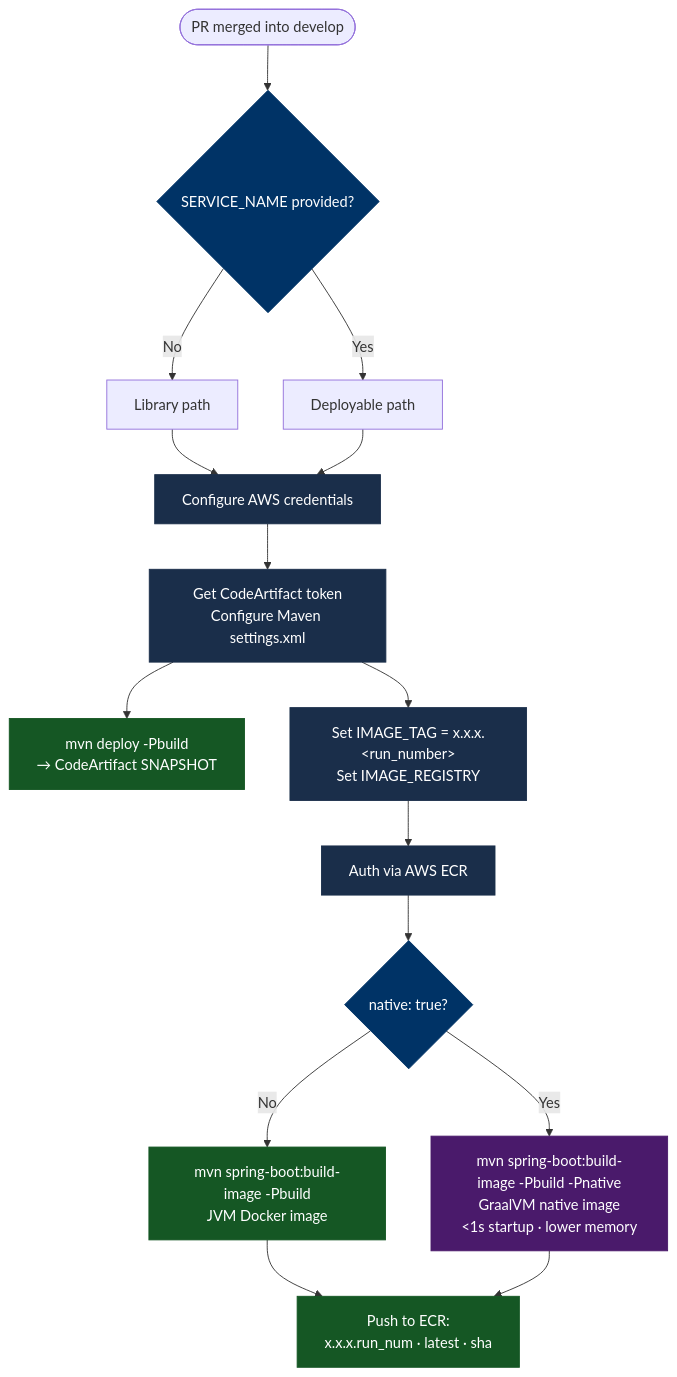
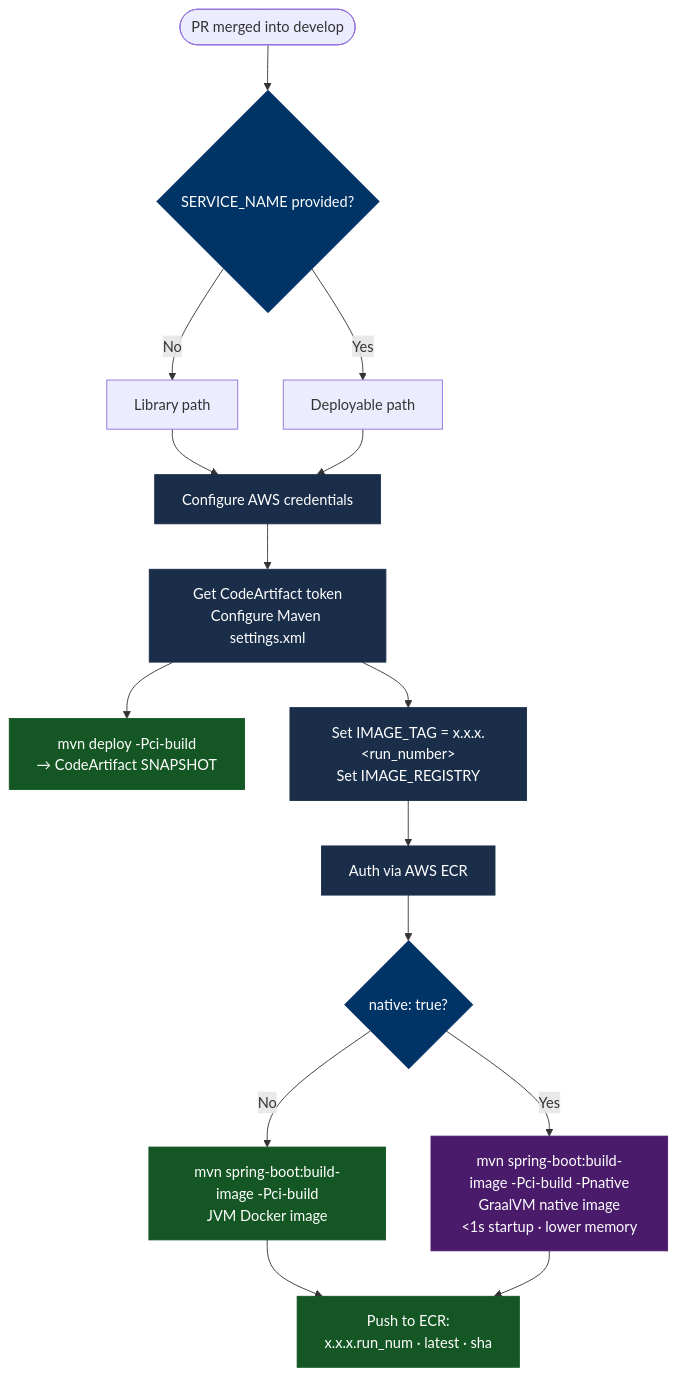
Before and after one commit to awesomaticza/github-workflows: the diagram in website/docs/workflows/build.md, drawn with Mermaid. The commit also changed other lines of this file and 5 other files, not shown here.

````diff
--- a/website/docs/workflows/build.md
+++ b/website/docs/workflows/build.md
@@ -13,33 +13,33 @@
 ```mermaid
 flowchart TD
     A([PR merged into develop]) --> B{SERVICE_NAME provided?}
 
     B -- No --> LIB_PATH["Library path"]
     B -- Yes --> DEP_PATH["Deployable path"]
 
     LIB_PATH --> AUTH["Configure AWS credentials"]
     DEP_PATH --> AUTH
 
     AUTH --> CA_TOKEN["Get CodeArtifact token<br/>Configure Maven settings.xml"]
-    CA_TOKEN --> LIB_BUILD["mvn deploy -Pbuild<br/>→ CodeArtifact SNAPSHOT"]
+    CA_TOKEN --> LIB_BUILD["mvn deploy -Pci-build<br/>→ CodeArtifact SNAPSHOT"]
 
     CA_TOKEN --> SET_VARS["Set IMAGE_TAG = x.x.x.&lt;run_number&gt;<br/>Set IMAGE_REGISTRY"]
     SET_VARS --> ECR_LOGIN["Auth via AWS ECR"]
     ECR_LOGIN --> NATIVE{native: true?}
 
-    NATIVE -- No --> JVM_BUILD["mvn spring-boot:build-image -Pbuild<br/>JVM Docker image"]
-    NATIVE -- Yes --> NATIVE_BUILD["mvn spring-boot:build-image -Pbuild -Pnative<br/>GraalVM native image<br/>&lt;1s startup · lower memory"]
+    NATIVE -- No --> JVM_BUILD["mvn spring-boot:build-image -Pci-build<br/>JVM Docker image"]
+    NATIVE -- Yes --> NATIVE_BUILD["mvn spring-boot:build-image -Pci-build -Pnative<br/>GraalVM native image<br/>&lt;1s startup · lower memory"]
 
     JVM_BUILD --> PUSH["Push to ECR:<br/>x.x.x.run_num · latest · sha"]
     NATIVE_BUILD --> PUSH
 
     classDef step fill:#1a2e4a,stroke:#1a2e4a,color:#ffffff
     classDef decision fill:#003366,stroke:#003366,color:#ffffff
     classDef artifact fill:#155724,stroke:#155724,color:#ffffff
     classDef native fill:#4a1a6b,stroke:#4a1a6b,color:#ffffff
 
     class AUTH,CA_TOKEN,SET_VARS,ECR_LOGIN step
     class B,NATIVE decision
     class LIB_BUILD,JVM_BUILD,PUSH artifact
     class NATIVE_BUILD native
 ```
````
